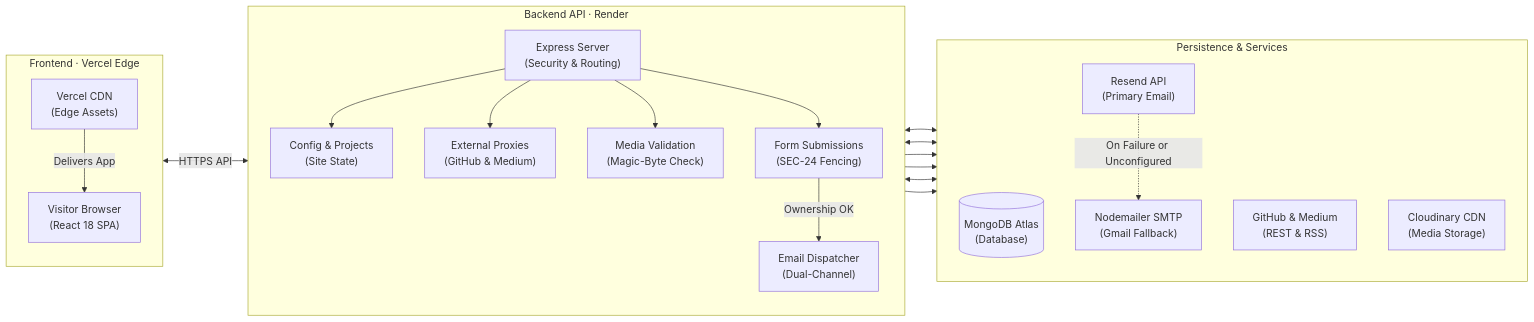
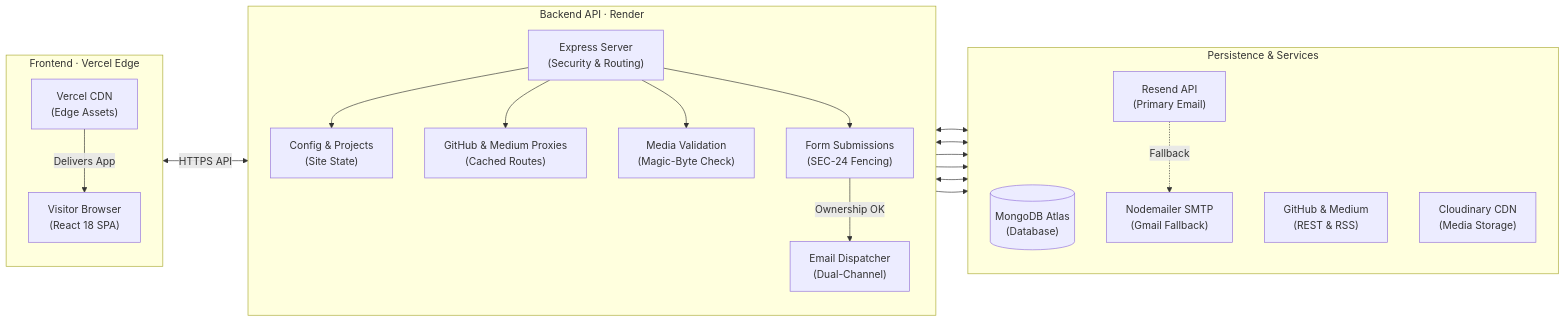
One commit to anurag-jaiswal-aj/googleMe changed the diagram in README.md. Above: the diagram before and after it, drawn with Mermaid. The commit also changed other lines of this file, not shown here.

Commit message:
docs: improve Mermaid architecture diagram readability and fallback edge

````diff
--- a/README.md
+++ b/README.md
@@ -73,44 +73,44 @@
 ```mermaid
 flowchart LR
   subgraph Client["Frontend · Vercel Edge"]
     direction TB
     Vercel["Vercel CDN<br/>(Edge Assets)"]
     Browser["Visitor Browser<br/>(React 18 SPA)"]
     Vercel -->|Delivers App| Browser
   end
 
   subgraph Backend["Backend API · Render"]
     direction TB
     Express["Express Server<br/>(Security & Routing)"]
     ConfigSvc["Config & Projects<br/>(Site State)"]
-    ProxySvc["External Proxies<br/>(GitHub & Medium)"]
+    ProxySvc["GitHub & Medium Proxies<br/>(Cached Routes)"]
     UploadSvc["Media Validation<br/>(Magic-Byte Check)"]
     SubmitSvc["Form Submissions<br/>(SEC-24 Fencing)"]
     EmailSvc["Email Dispatcher<br/>(Dual-Channel)"]
 
     Express --> ConfigSvc
     Express --> ProxySvc
     Express --> UploadSvc
     Express --> SubmitSvc
     SubmitSvc -->|Ownership OK| EmailSvc
   end
 
   subgraph External["Persistence & Services"]
     direction TB
     MongoDB[("MongoDB Atlas<br/>(Database)")]
     ExternalAPIs["GitHub & Medium<br/>(REST & RSS)"]
     Cloudinary["Cloudinary CDN<br/>(Media Storage)"]
     Resend["Resend API<br/>(Primary Email)"]
     SMTP["Nodemailer SMTP<br/>(Gmail Fallback)"]
 
-    Resend -.->|On Failure or Unconfigured| SMTP
+    Resend -.->|Fallback| SMTP
   end
 
   Browser <-->|HTTPS API| Express
   ConfigSvc <--> MongoDB
   ProxySvc <--> ExternalAPIs
   UploadSvc --> Cloudinary
   UploadSvc --> MongoDB
   SubmitSvc <--> MongoDB
   EmailSvc --> Resend
 ```
````
